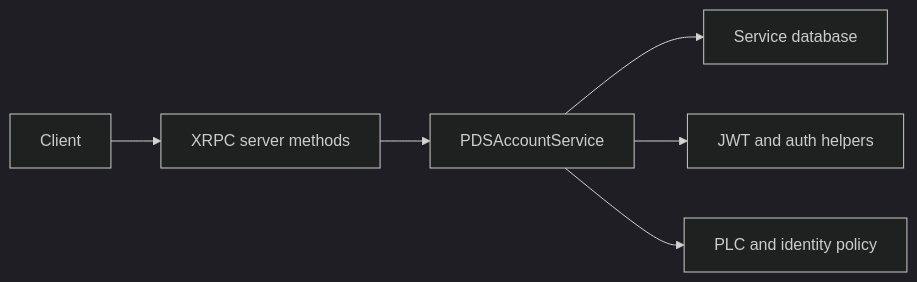
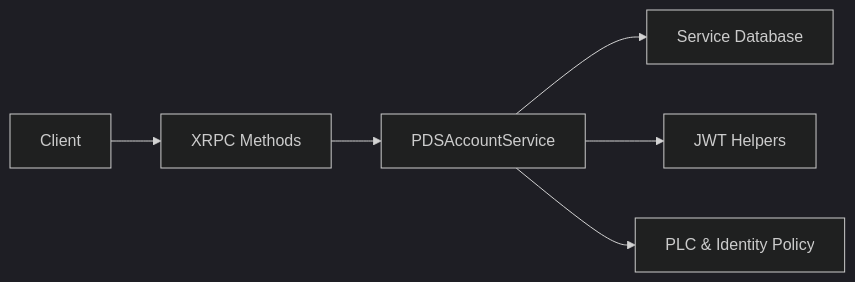
One commit to jvalinsky/garazyk changed the diagram in docs/10-tutorials/tutorial-2-accounts.md. Above: the diagram before and after it, drawn with Mermaid (dark theme). The commit also changed other lines of this file and 117 other files, not shown here.

````diff
--- a/docs/10-tutorials/tutorial-2-accounts.md
+++ b/docs/10-tutorials/tutorial-2-accounts.md
@@ -39,8 +17,8 @@
 ```mermaid
 flowchart LR
-  Client["Client"] --> Xrpc["XRPC server methods"]
+  Client["Client"] --> Xrpc["XRPC Methods"]
   Xrpc --> Account["PDSAccountService"]
-  Account --> ServiceDb["Service database"]
-  Account --> Jwt["JWT and auth helpers"]
-  Account --> Plc["PLC and identity policy"]
+  Account --> ServiceDb["Service Database"]
+  Account --> Jwt["JWT Helpers"]
+  Account --> Plc["PLC & Identity Policy"]
 ```
````
